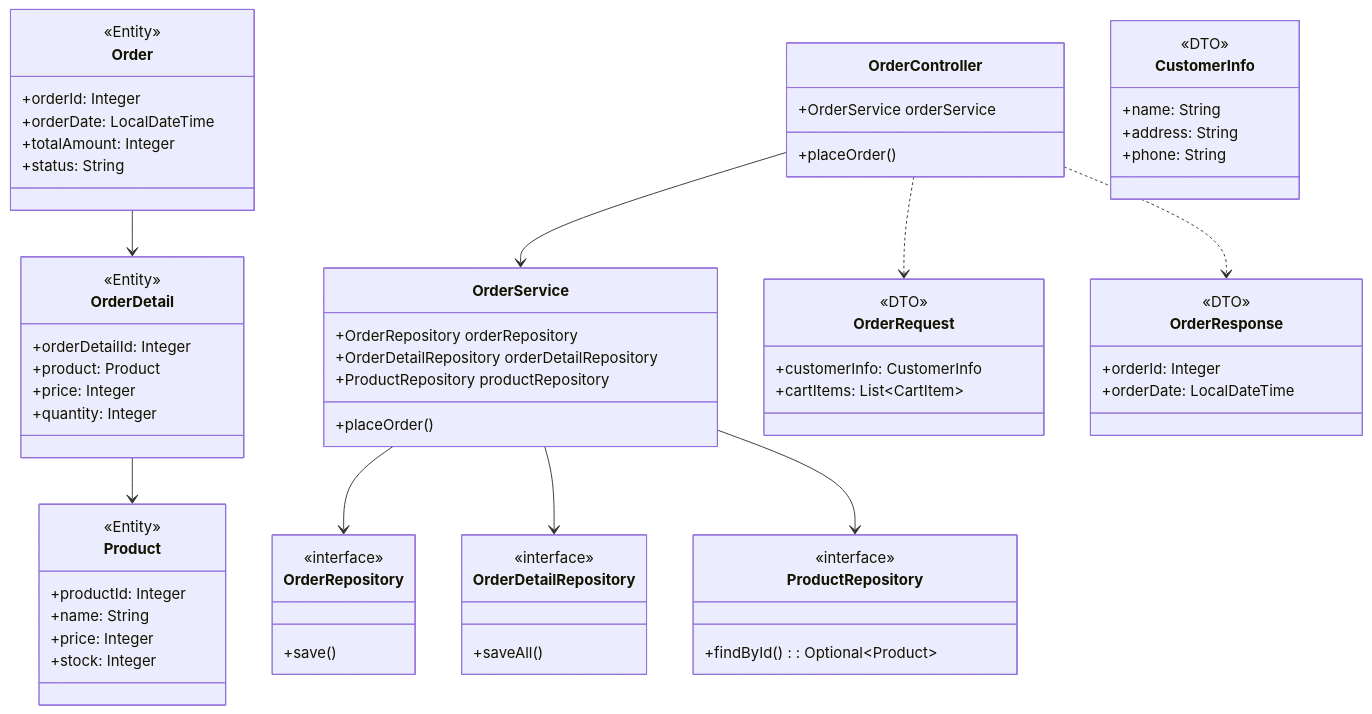
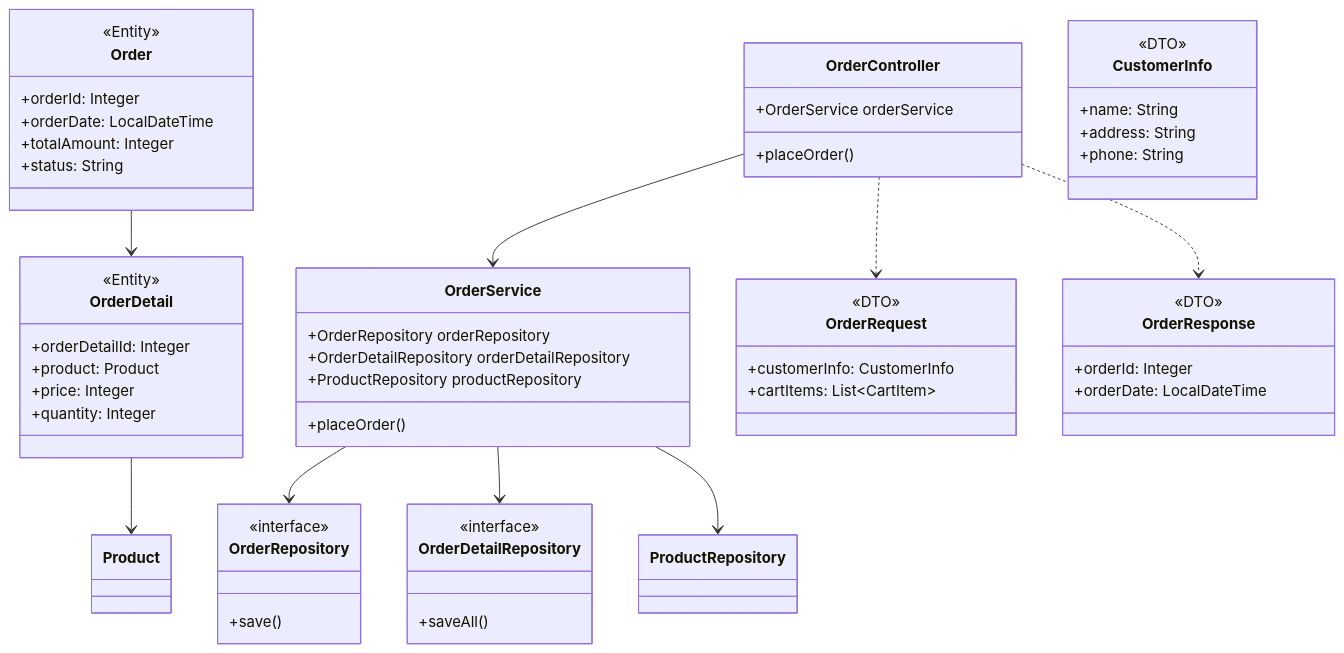
One commit to Hinako-Kimura127/neko changed the third of 4 diagrams in 詳細設計/詳細設計.md. Above: the diagram before and after it, drawn with Mermaid. The commit also changed other lines of this file and 2 other files, not shown here.

```diff
--- a/詳細設計/詳細設計.md
+++ b/詳細設計/詳細設計.md
@@ -207,73 +269,61 @@
 <div class="mermaid">
 classDiagram
     class OrderController {
-        +OrderService orderService
-        +placeOrder()
-    }
-    class OrderService {
-        +OrderRepository orderRepository
-        +OrderDetailRepository orderDetailRepository
-        +ProductRepository productRepository
-        +placeOrder()
-    }
-    class OrderRepository {
-        <<interface>>
-        +save()
-    }
-    class OrderDetailRepository {
-        <<interface>>
-        +saveAll()
-    }
-    class Order {
-        <<Entity>>
-        +orderId: Integer
-        +orderDate: LocalDateTime
-        +totalAmount: Integer
-        +status: String
-    }
-    class OrderDetail {
-        <<Entity>>
-        +orderDetailId: Integer
-        +product: Product
-        +price: Integer
-        +quantity: Integer
-    }
-    class ProductRepository {
-        <<interface>>
-        +findById(): Optional~Product~
-    }
-    class Product {
-        <<Entity>>
-        +productId: Integer
-        +name: String
-        +price: Integer
-        +stock: Integer
-    }
-    class OrderRequest {
-        <<DTO>>
-        +customerInfo: CustomerInfo
-        +cartItems: List~CartItem~
-    }
-    class OrderResponse {
-        <<DTO>>
-        +orderId: Integer
-        +orderDate: LocalDateTime
-    }
-    class CustomerInfo {
-        <<DTO>>
-        +name: String
-        +address: String
-        +phone: String
-    }
+    +OrderService orderService
+    +placeOrder()
+}
+class OrderService {
+    +OrderRepository orderRepository
+    +OrderDetailRepository orderDetailRepository
+    +ProductRepository productRepository
+    +placeOrder()
+}
+class OrderRepository {
+    <<interface>>
+    +save()
+}
+class OrderDetailRepository {
+    <<interface>>
+    +saveAll()
+}
+class Order {
+    <<Entity>>
+    +orderId: Integer
+    +orderDate: LocalDateTime
+    +totalAmount: Integer
+    +status: String
+}
+class OrderDetail {
+    <<Entity>>
+    +orderDetailId: Integer
+    +product: Product
+    +price: Integer
+    +quantity: Integer
+}
+class OrderRequest {
+    <<DTO>>
+    +customerInfo: CustomerInfo
+    +cartItems: List~CartItem~
+}
+class OrderResponse {
+    <<DTO>>
+    +orderId: Integer
+    +orderDate: LocalDateTime
+}
+class CustomerInfo {
+    <<DTO>>
+    +name: String
+    +address: String
+    +phone: String
+}
 
-    OrderController --> OrderService
-    OrderService --> OrderRepository
-    OrderService --> OrderDetailRepository
-    OrderService --> ProductRepository
-    Order --> OrderDetail
-    OrderDetail --> Product
-    OrderController ..> OrderRequest
-    OrderController ..> OrderResponse
-
+OrderController --> OrderService
+OrderService --> OrderRepository
+OrderService --> OrderDetailRepository
+OrderService --> ProductRepository
+Order --> OrderDetail
+OrderDetail --> Product
+OrderController ..> OrderRequest
+OrderController ..> OrderResponse
 
 </div>
```
